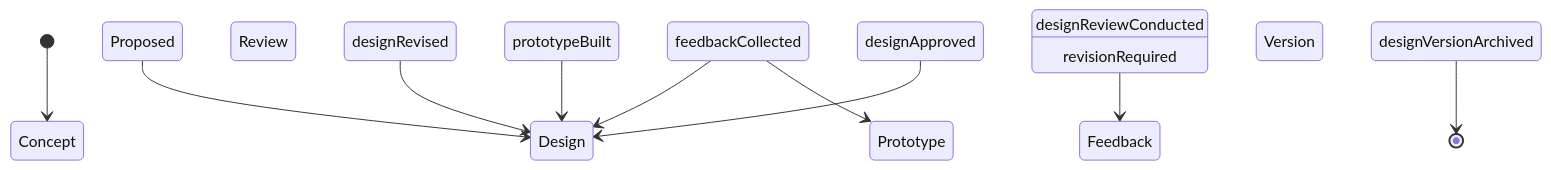
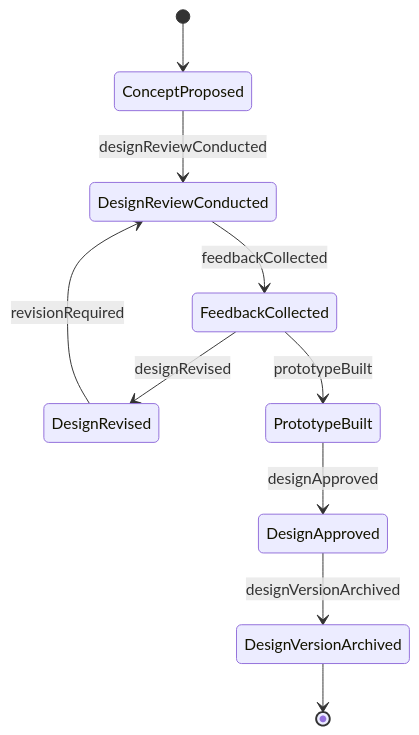
Before and after one commit to dot-org-ai/tasks.org.ai: the second of 4 diagrams in CommunicatingWithSupervisorsPeersOrSubordinates/CommunicateWithOthersAboutSpecificationsOrProjectDetails/CollaborateOthersDevelopRefineDesigns.mdx, drawn with Mermaid. The commit also changed 515 other files, not shown here.

````diff
--- a/CommunicatingWithSupervisorsPeersOrSubordinates/CommunicateWithOthersAboutSpecificationsOrProjectDetails/CollaborateOthersDevelopRefineDesigns.mdx
+++ b/CommunicatingWithSupervisorsPeersOrSubordinates/CommunicateWithOthersAboutSpecificationsOrProjectDetails/CollaborateOthersDevelopRefineDesigns.mdx
@@ -98,12 +98,12 @@
 ```mermaid
 stateDiagram-v2
-    [*] --> Concept Proposed
-    Concept Proposed --> Design Review Conducted : designReviewConducted
-    Design Review Conducted --> Feedback Collected : feedbackCollected
-    Feedback Collected --> Design Revised : designRevised
-    Design Revised --> Design Review Conducted : revisionRequired
-    Feedback Collected --> Prototype Built : prototypeBuilt
-    Prototype Built --> Design Approved : designApproved
-    Design Approved --> Design Version Archived : designVersionArchived
-    Design Version Archived --> [*]
+    [*] --> ConceptProposed
+    ConceptProposed --> DesignReviewConducted : designReviewConducted
+    DesignReviewConducted --> FeedbackCollected : feedbackCollected
+    FeedbackCollected --> DesignRevised : designRevised
+    DesignRevised --> DesignReviewConducted : revisionRequired
+    FeedbackCollected --> PrototypeBuilt : prototypeBuilt
+    PrototypeBuilt --> DesignApproved : designApproved
+    DesignApproved --> DesignVersionArchived : designVersionArchived
+    DesignVersionArchived --> [*]
 ```
````
